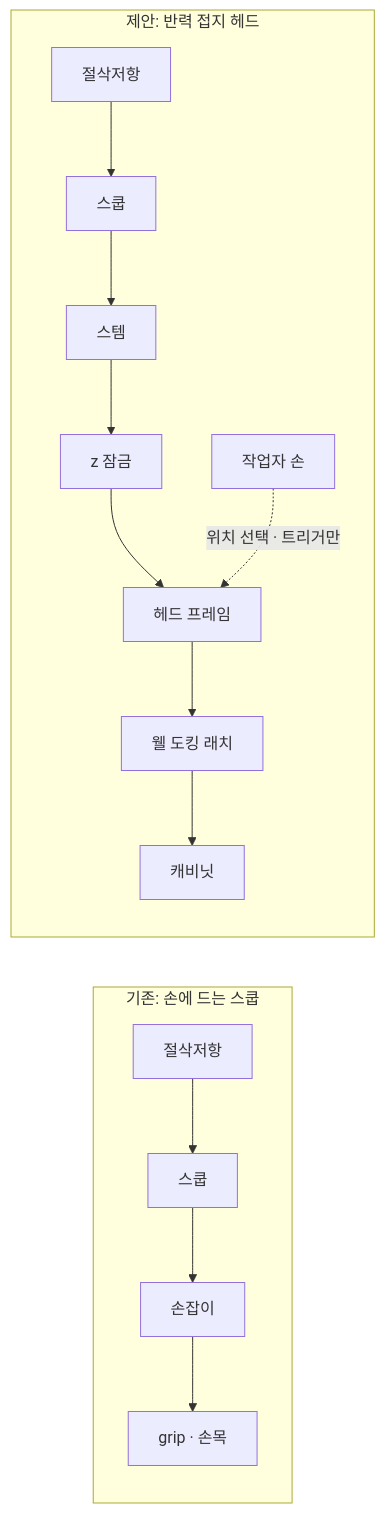
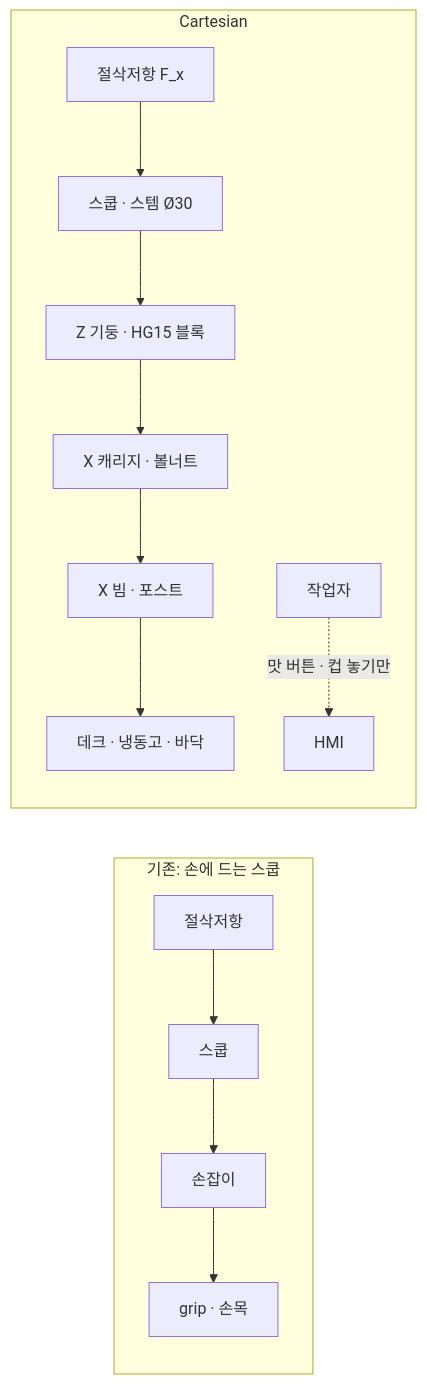
One commit to seo7678/icecream-scooping-capston changed the diagram in docs/concept_brief.md. Above: the diagram before and after it, drawn with Mermaid. The commit also changed other lines of this file and 3 other files, not shown here.

First line of the commit message:
docs: rewrite the one-page concept brief for the Cartesian architecture

````diff
--- a/docs/concept_brief.md
+++ b/docs/concept_brief.md
@@ -120,10 +129,10 @@
 ```mermaid
 flowchart LR
   subgraph OLD["기존: 손에 드는 스쿱"]
     A1["절삭저항"] --> A2["스쿱"] --> A3["손잡이"] --> A4["grip · 손목"]
   end
-  subgraph NEW["제안: 반력 접지 헤드"]
-    B1["절삭저항"] --> B2["스쿱"] --> B3["스템"] --> B4["z 잠금"] --> B5["헤드 프레임"] --> B6["웰 도킹 래치"] --> B7["캐비닛"]
-    B8["작업자 손"] -.->|"위치 선택 · 트리거만"| B5
+  subgraph NEW["Cartesian"]
+    B1["절삭저항 F_x"] --> B2["스쿱 · 스템 Ø30"] --> B3["Z 기둥 · HG15 블록"] --> B4["X 캐리지 · 볼너트"] --> B5["X 빔 · 포스트"] --> B6["데크 · 냉동고 · 바닥"]
+    B7["작업자"] -.->|"맛 버튼 · 컵 놓기만"| B8["HMI"]
   end
 ```
````
